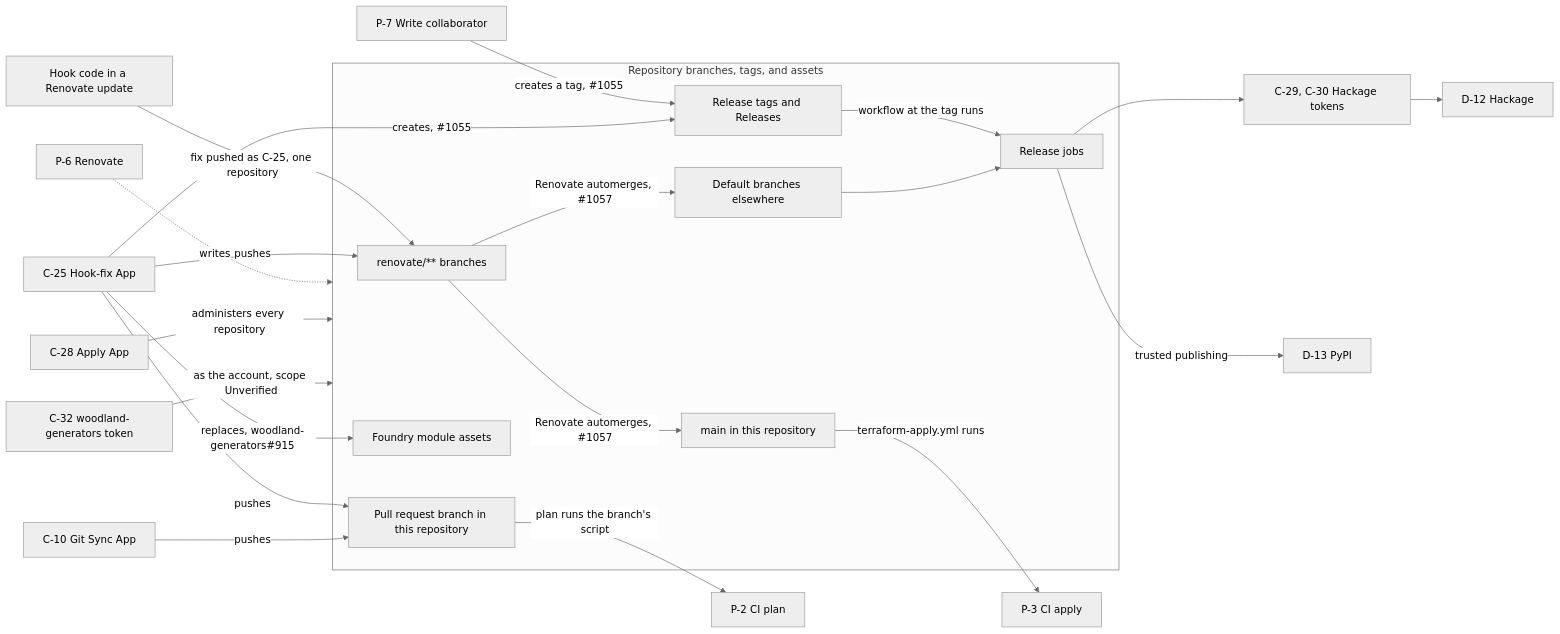
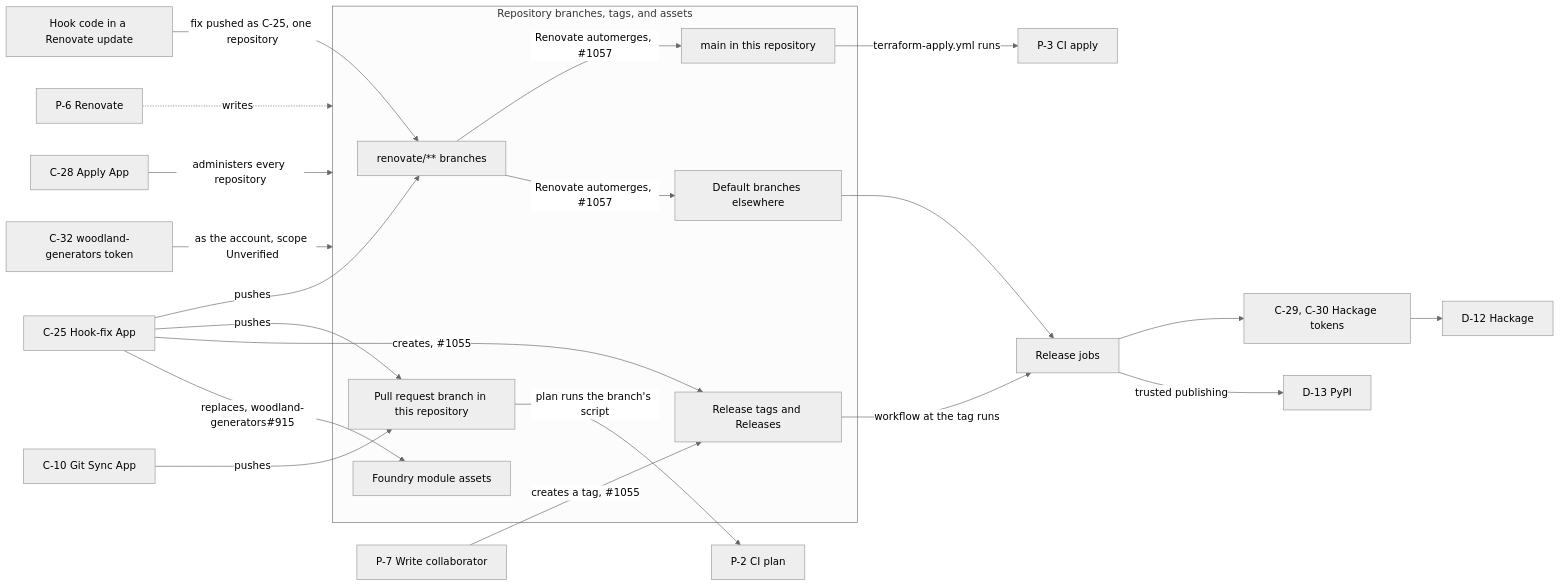
One commit to alunduil/alunduil-infrastructure changed the first of 2 diagrams in docs/explanation/credential-reachability.md. Above: the diagram before and after it, drawn with Mermaid (neutral theme). The commit also changed other lines of this file, not shown here.

First line of the commit message:
Give each graph node one meaning

````diff
--- a/docs/explanation/credential-reachability.md
+++ b/docs/explanation/credential-reachability.md
@@ -42,49 +42,49 @@
 ```mermaid
 flowchart LR
   hook["Hook code in a Renovate update"]
   p7["P-7 Write collaborator"]
   p6["P-6 Renovate"]
   c25["C-25 Hook-fix App"]
   c10["C-10 Git Sync App"]
   c28["C-28 Apply App"]
   c32["C-32 woodland-generators token"]
   tokens["C-29, C-30 Hackage tokens"]
   p2["P-2 CI plan"]
   p3["P-3 CI apply"]
+  job["Release jobs"]
   d12["D-12 Hackage"]
   d13["D-13 PyPI"]
 
   subgraph refs["Repository branches, tags, and assets"]
     branch["renovate/** branches"]
     pr["Pull request branch in this repository"]
     infra["main in this repository"]
     other["Default branches elsewhere"]
     tag["Release tags and Releases"]
     assets["Foundry module assets"]
-    job["Release jobs"]
   end
 
   hook -->|"fix pushed as C-25, one repository"| branch
   p7 -->|"creates a tag, #1055"| tag
 
   p6 -.->|"writes"| refs
   c28 -->|"administers every repository"| refs
   c32 -->|"as the account, scope Unverified"| refs
 
   c25 -->|"pushes"| branch
   c25 -->|"pushes"| pr
   c25 -->|"creates, #1055"| tag
   c25 -->|"replaces, woodland-generators#915"| assets
   c10 -->|"pushes"| pr
 
   branch -->|"Renovate automerges, #1057"| infra
   branch -->|"Renovate automerges, #1057"| other
   tag -->|"workflow at the tag runs"| job
   other --> job
 
   pr -->|"plan runs the branch's script"| p2
   infra -->|"terraform-apply.yml runs"| p3
   job --> tokens
   job -->|"trusted publishing"| d13
   tokens --> d12
 ```
````
